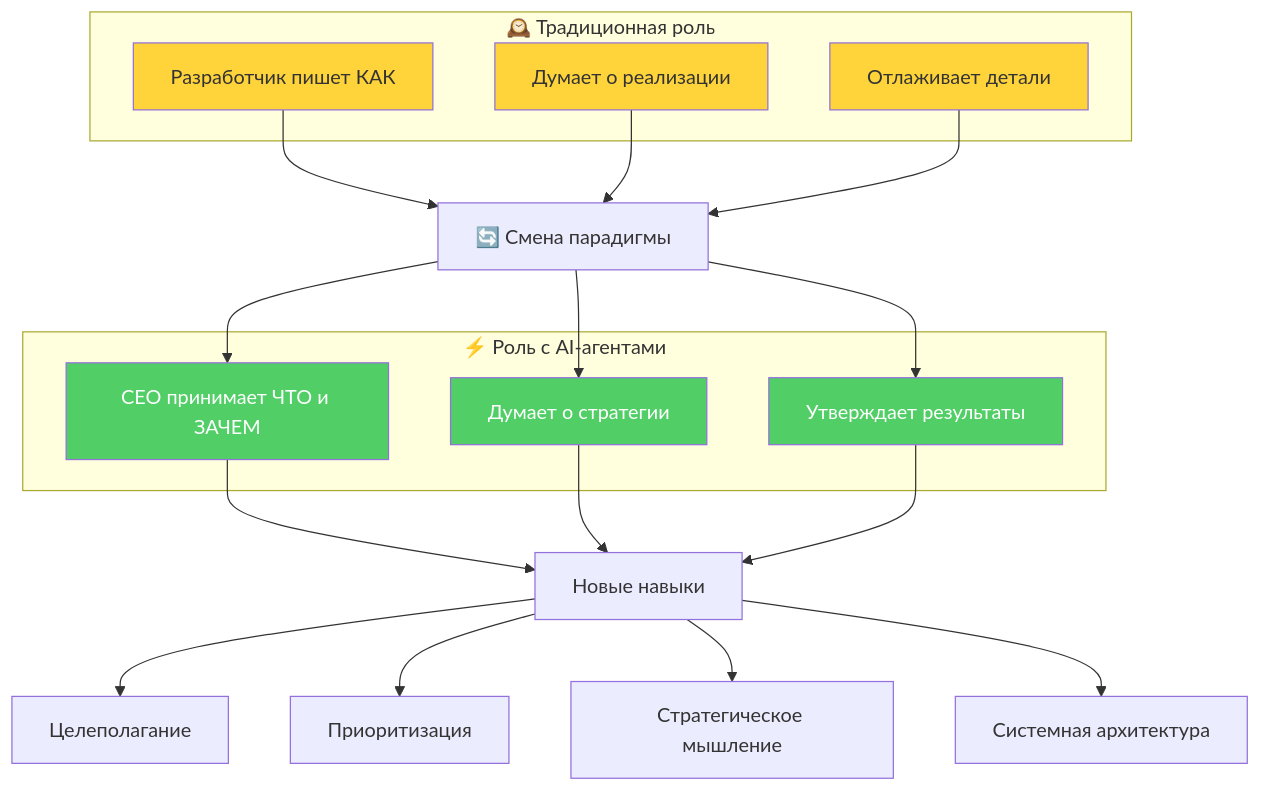
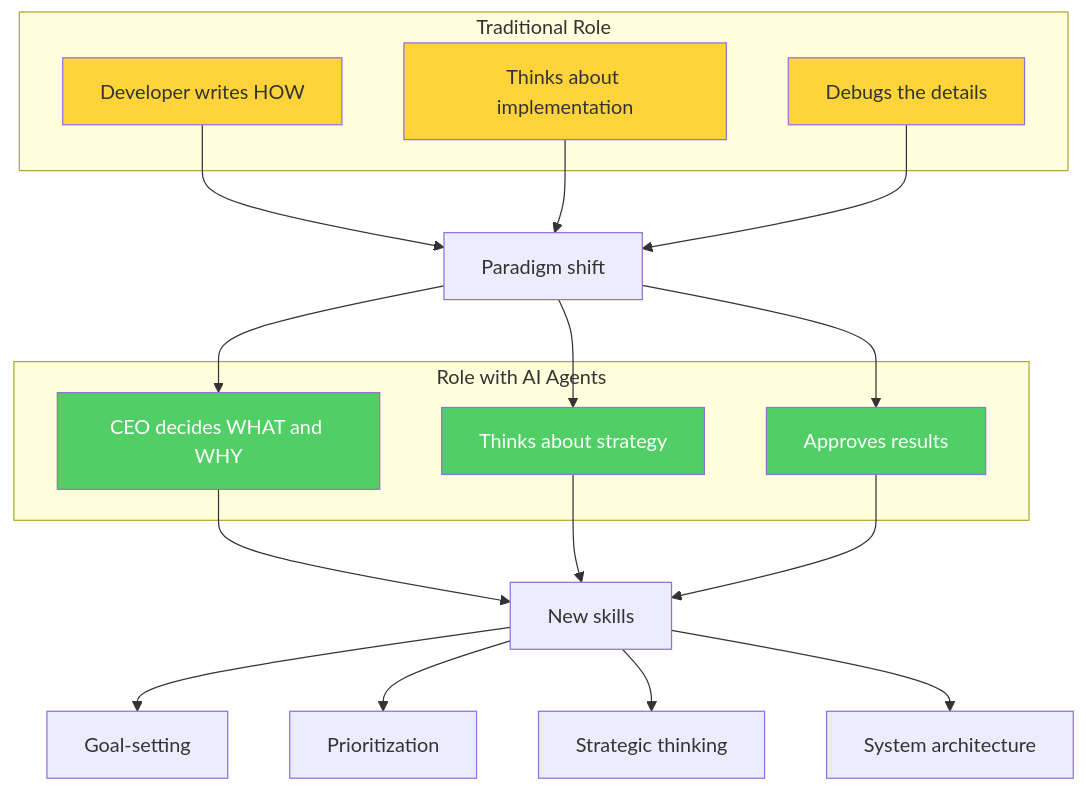
Before and after one commit to ad3002/masters-course-2025-vibe-coding: diagram 13 of 16 in materials/workshop4.md, drawn with Mermaid. The commit also changed other lines of this file, not shown here.

````diff
--- a/materials/workshop4.md
+++ b/materials/workshop4.md
@@ -561,38 +561,38 @@
 ```mermaid
 graph TB
-    subgraph "🕰️ Традиционная роль"
-        T1[Разработчик пишет КАК]
-        T2[Думает о реализации]
-        T3[Отлаживает детали]
+    subgraph "Traditional Role"
+        T1[Developer writes HOW]
+        T2[Thinks about implementation]
+        T3[Debugs the details]
     end
 
-    subgraph "⚡ Роль с AI-агентами"
-        A1[CEO принимает ЧТО и ЗАЧЕМ]
-        A2[Думает о стратегии]
-        A3[Утверждает результаты]
+    subgraph "Role with AI Agents"
+        A1[CEO decides WHAT and WHY]
+        A2[Thinks about strategy]
+        A3[Approves results]
     end
 
-    T1 --> SHIFT[🔄 Смена парадигмы]
+    T1 --> SHIFT[Paradigm shift]
     T2 --> SHIFT
     T3 --> SHIFT
 
     SHIFT --> A1
     SHIFT --> A2
     SHIFT --> A3
 
-    A1 --> NEW[Новые навыки]
+    A1 --> NEW[New skills]
     A2 --> NEW
     A3 --> NEW
 
-    NEW --> N1[Целеполагание]
-    NEW --> N2[Приоритизация]
-    NEW --> N3[Стратегическое мышление]
-    NEW --> N4[Системная архитектура]
+    NEW --> N1[Goal-setting]
+    NEW --> N2[Prioritization]
+    NEW --> N3[Strategic thinking]
+    NEW --> N4[System architecture]
 
     style T1 fill:#ffd43b
     style T2 fill:#ffd43b
     style T3 fill:#ffd43b
     style A1 fill:#51cf66,color:#fff
     style A2 fill:#51cf66,color:#fff
     style A3 fill:#51cf66,color:#fff
 ```
````
